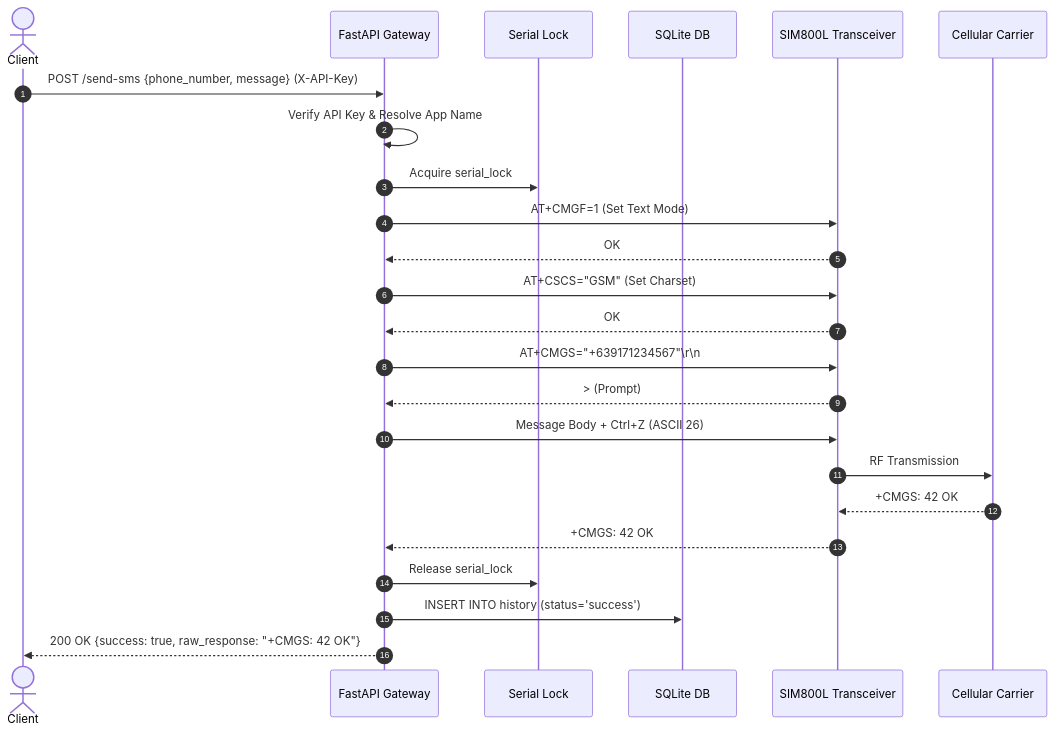
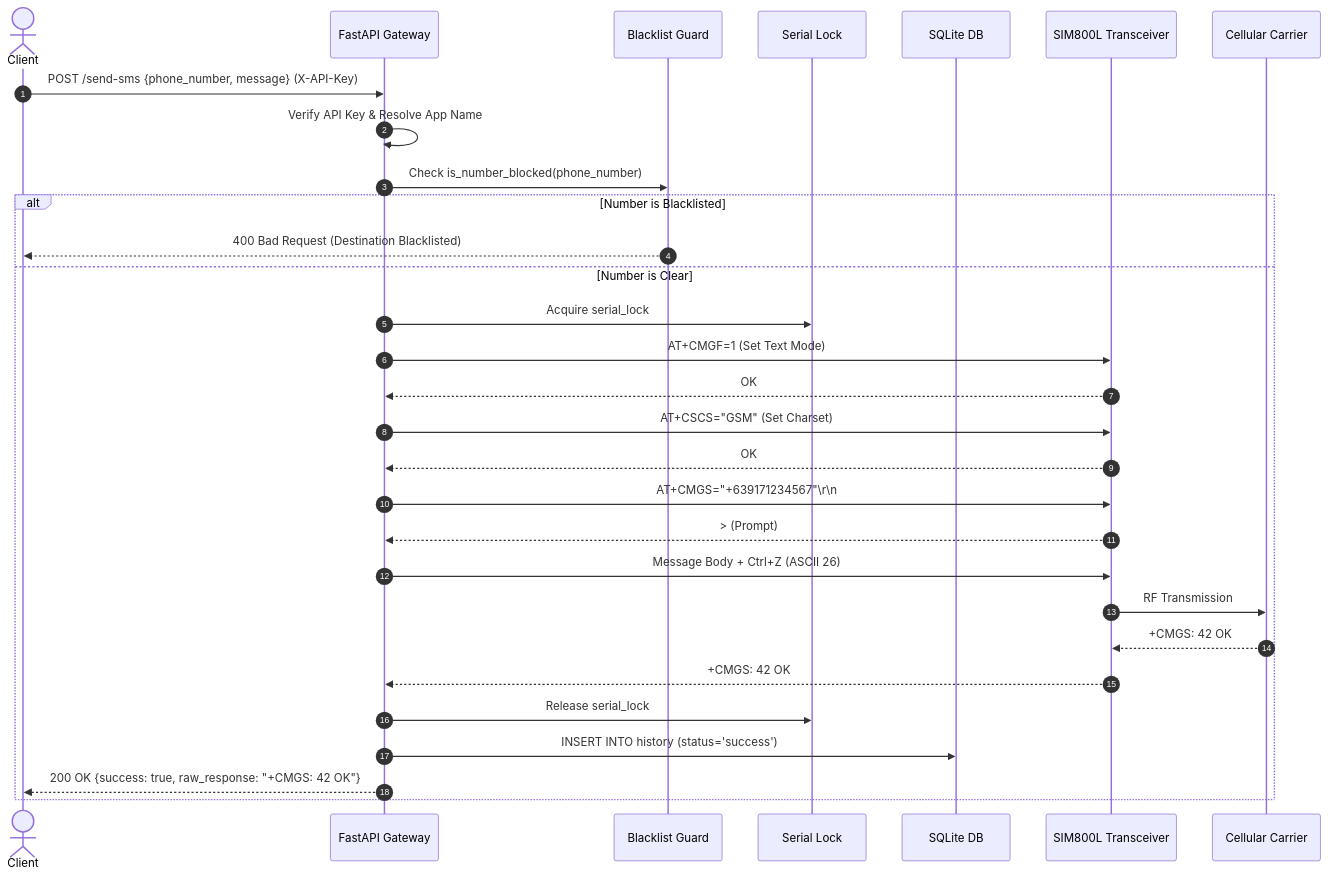
The fourth of 6 diagrams in ARCHITECTURE.md (avegabros/sms-sender), drawn with Mermaid before and after one commit. The commit also changed other lines of this file and 1 other file, not shown here.

Commit message:
docs: update README.md and ARCHITECTURE.md with Settings, Inbox API, Blacklist guard, and Auto-Delete rules

````diff
--- a/ARCHITECTURE.md
+++ b/ARCHITECTURE.md
@@ -111,27 +115,33 @@
 ```mermaid
 sequenceDiagram
     autonumber
     actor Client
     participant API as FastAPI Gateway
+    participant Guard as Blacklist Guard
     participant Lock as Serial Lock
     participant DB as SQLite DB
     participant SIM as SIM800L Transceiver
     participant Carrier as Cellular Carrier
 
     Client->>API: POST /send-sms {phone_number, message} (X-API-Key)
     API->>API: Verify API Key & Resolve App Name
-    API->>Lock: Acquire serial_lock
-    API->>SIM: AT+CMGF=1 (Set Text Mode)
-    SIM-->>API: OK
-    API->>SIM: AT+CSCS="GSM" (Set Charset)
-    SIM-->>API: OK
-    API->>SIM: AT+CMGS="+639171234567"\r\n
-    SIM-->>API: > (Prompt)
-    API->>SIM: Message Body + Ctrl+Z (ASCII 26)
-    SIM->>Carrier: RF Transmission
-    Carrier-->>SIM: +CMGS: 42 OK
-    SIM-->>API: +CMGS: 42 OK
-    API->>Lock: Release serial_lock
-    API->>DB: INSERT INTO history (status='success')
-    API-->>Client: 200 OK {success: true, raw_response: "+CMGS: 42 OK"}
+    API->>Guard: Check is_number_blocked(phone_number)
+    alt Number is Blacklisted
+        Guard-->>Client: 400 Bad Request (Destination Blacklisted)
+    else Number is Clear
+        API->>Lock: Acquire serial_lock
+        API->>SIM: AT+CMGF=1 (Set Text Mode)
+        SIM-->>API: OK
+        API->>SIM: AT+CSCS="GSM" (Set Charset)
+        SIM-->>API: OK
+        API->>SIM: AT+CMGS="+639171234567"\r\n
+        SIM-->>API: > (Prompt)
+        API->>SIM: Message Body + Ctrl+Z (ASCII 26)
+        SIM->>Carrier: RF Transmission
+        Carrier-->>SIM: +CMGS: 42 OK
+        SIM-->>API: +CMGS: 42 OK
+        API->>Lock: Release serial_lock
+        API->>DB: INSERT INTO history (status='success')
+        API-->>Client: 200 OK {success: true, raw_response: "+CMGS: 42 OK"}
+    end
 ```
````
